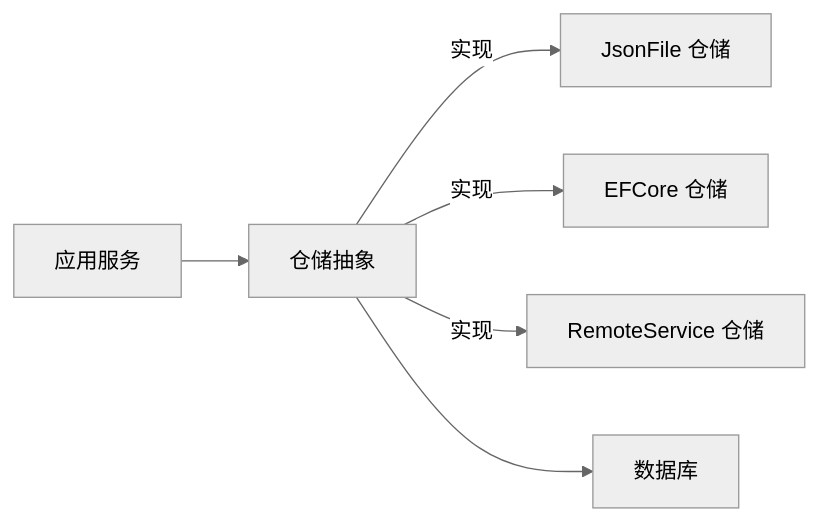
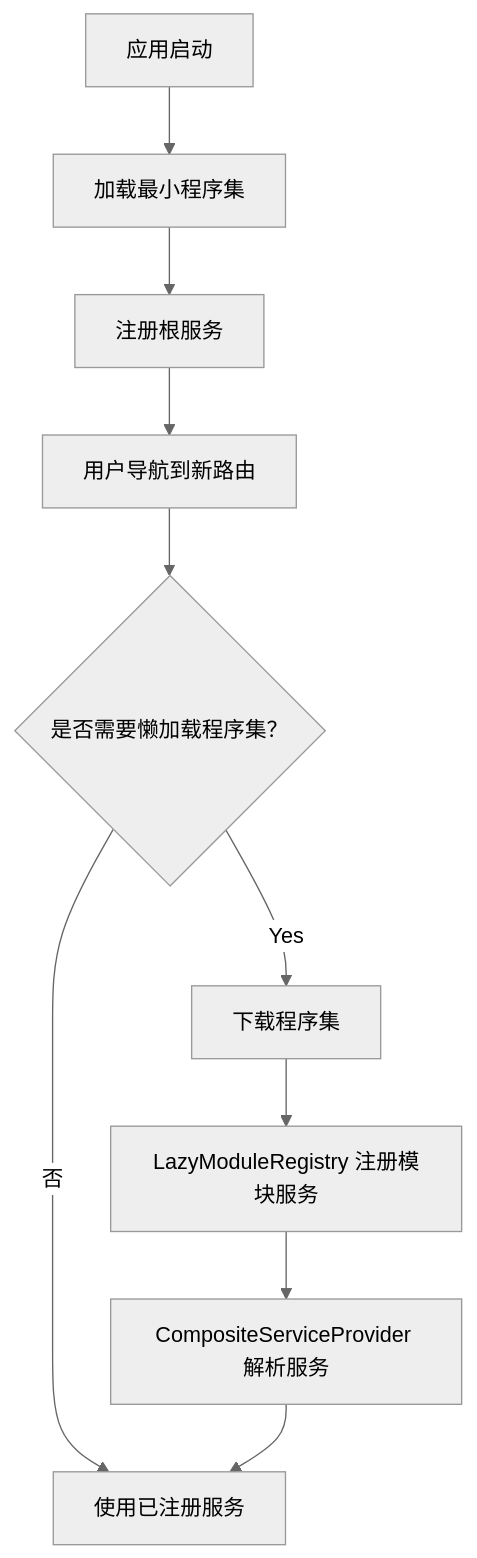
One commit to openlowcodelab/lowcode changed the fifth of 9 diagrams in .qoder/repowiki/zh/content/架构设计/架构设计.md. Above: the diagram before and after it, drawn with Mermaid (neutral theme). The commit also changed other lines of this file and 293 other files, not shown here.

````diff
--- a/.qoder/repowiki/zh/content/架构设计/架构设计.md
+++ b/.qoder/repowiki/zh/content/架构设计/架构设计.md
@@ -275,8 +237,12 @@
 ```mermaid
-graph LR
-Repo["仓储抽象"] --> |实现| JsonRepo["JsonFile 仓储"]
-Repo --> |实现| EfRepo["EFCore 仓储"]
-Repo --> |实现| RemoteRepo["RemoteService 仓储"]
-AppSvc["应用服务"] --> Repo
-Repo --> DB["数据库"]
+flowchart TD
+    Boot["应用启动"] --> LoadMinimal["加载最小程序集"]
+    LoadMinimal --> RegisterRoot["注册根服务"]
+    RegisterRoot --> Navigate["用户导航到新路由"]
+    Navigate --> CheckLazy{"是否需要懒加载程序集？"}
+    CheckLazy -->|否| UseExisting["使用已注册服务"]
+    CheckLazy -->|Yes| Download["下载程序集"]
+    Download --> RegisterModule["LazyModuleRegistry 注册模块服务"]
+    RegisterModule --> ResolveWithFallback["CompositeServiceProvider 解析服务"]
+    ResolveWithFallback --> UseExisting
 ```
````
